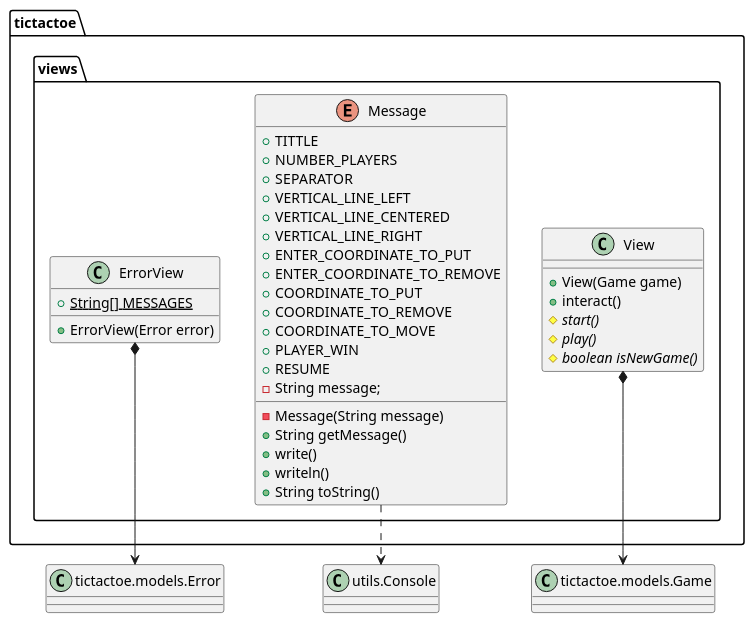
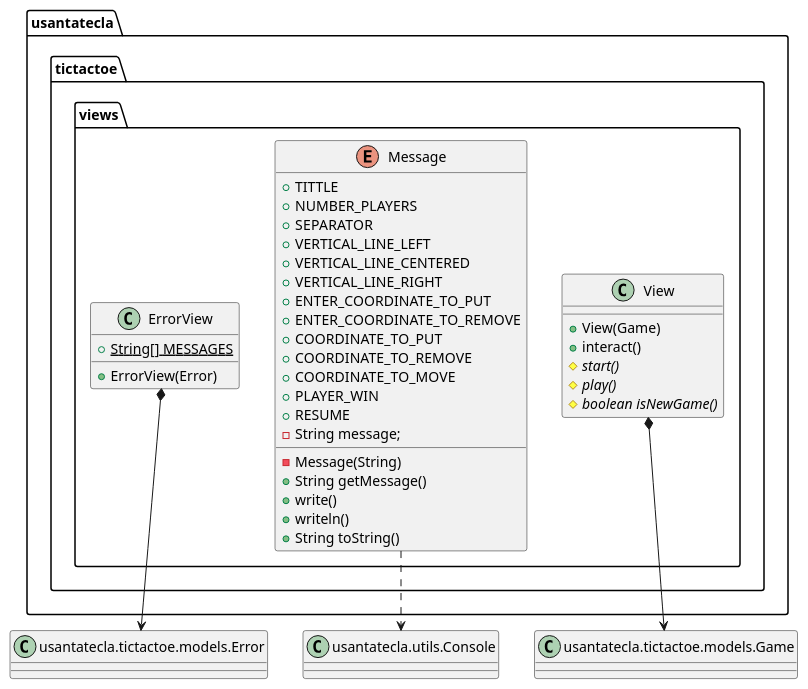
One commit to Jolucaa/USantaTecla-project-ticTacToe changed the second of 5 diagrams in documentView/withoutFactoryMethod/docs/diagrams/src/paquetes.plantuml. Above: the diagram before and after it, drawn with PlantUML. The commit also changed other lines of this file and 6 other files, not shown here.

```diff
--- a/documentView/withoutFactoryMethod/docs/diagrams/src/paquetes.plantuml
+++ b/documentView/withoutFactoryMethod/docs/diagrams/src/paquetes.plantuml
@@ -28,51 +28,51 @@
 @startuml tictactoe.views
-class tictactoe.views.ErrorView {
+class usantatecla.tictactoe.views.ErrorView {
 
 	+ {static} String[] MESSAGES
 
-	+ ErrorView(Error error)
+	+ ErrorView(Error)
 
 }
 
-enum tictactoe.views.Message {
+enum usantatecla.tictactoe.views.Message {
     + TITTLE
 	+ NUMBER_PLAYERS
 	+ SEPARATOR
 	+ VERTICAL_LINE_LEFT
 	+ VERTICAL_LINE_CENTERED
 	+ VERTICAL_LINE_RIGHT
 	+ ENTER_COORDINATE_TO_PUT
 	+ ENTER_COORDINATE_TO_REMOVE
 	+ COORDINATE_TO_PUT
 	+ COORDINATE_TO_REMOVE
 	+ COORDINATE_TO_MOVE
 	+ PLAYER_WIN
 	+ RESUME
 	- String message;
 
-	- Message(String message)
+	- Message(String)
 	+ String getMessage()
 	+ write()
 	+ writeln()
 	+ String toString()
 
 }
 
-class tictactoe.views.View {
+class usantatecla.tictactoe.views.View {
 
-	+ View(Game game)
+	+ View(Game)
 	+ interact()
 	# {abstract} start()
 	# {abstract} play()
 	# {abstract} boolean isNewGame()
 
 }
 
-class Game as "tictactoe.models.Game"
-class Console as "utils.Console"
-class Error as "tictactoe.models.Error"
+class Game as "usantatecla.tictactoe.models.Game"
+class Console as "usantatecla.utils.Console"
+class Error as "usantatecla.tictactoe.models.Error"
 
-tictactoe.views.ErrorView *--> Error
-tictactoe.views.View *--> Game
-tictactoe.views.Message ..> Console
+usantatecla.tictactoe.views.ErrorView *--> Error
+usantatecla.tictactoe.views.View *--> Game
+usantatecla.tictactoe.views.Message ..> Console
 @enduml
```
